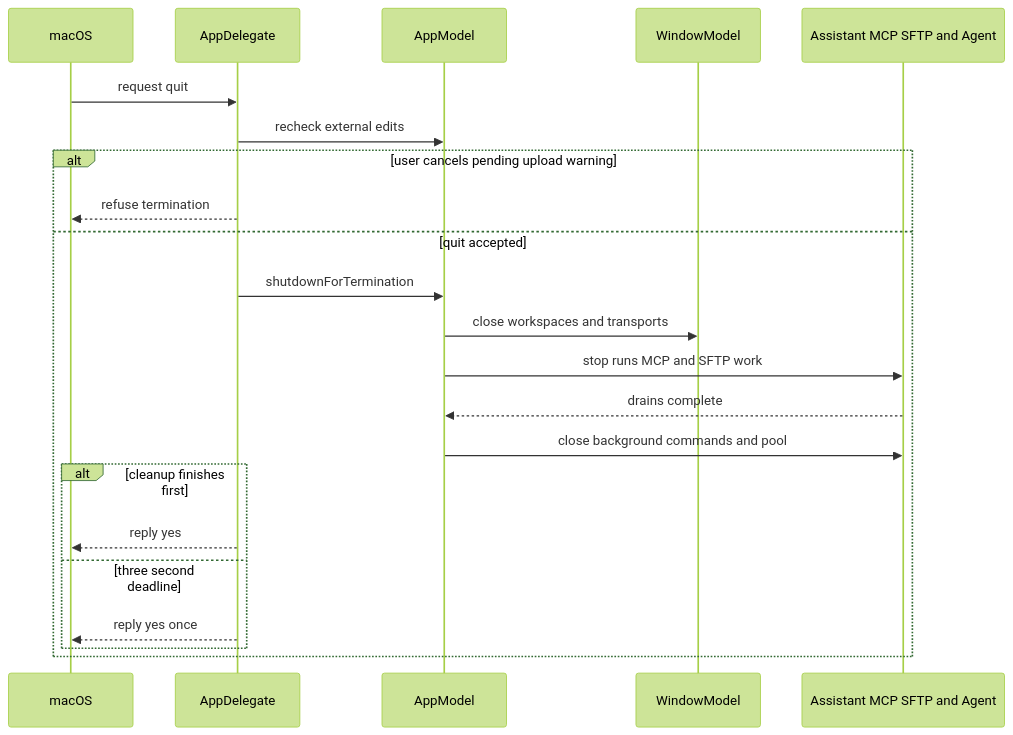
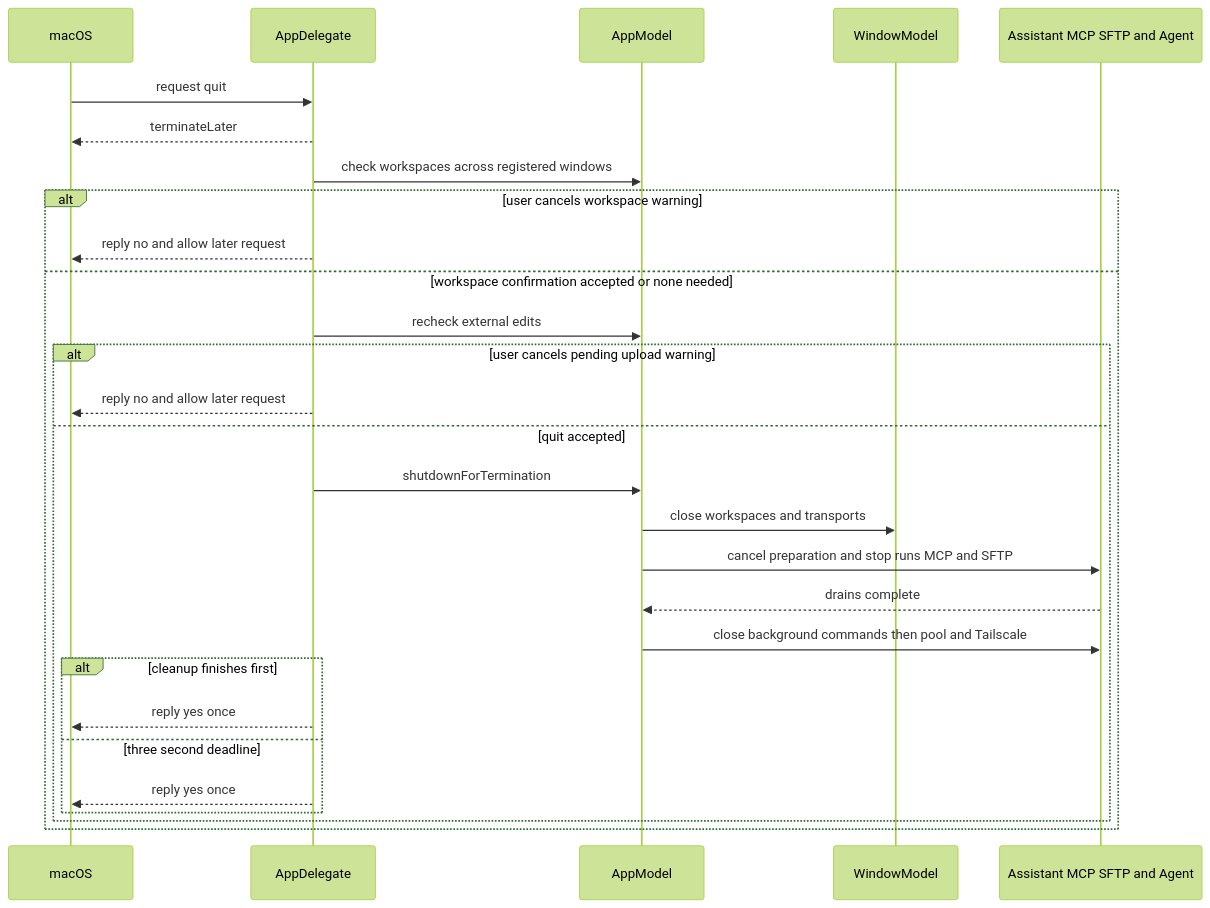
Before and after one commit to AkinoKaede/Termind: the fifth of 6 diagrams in openwiki/workflows/ssh-session-lifecycle.md, drawn with Mermaid (forest theme). The commit also changed other lines of this file and 47 other files, not shown here.

````diff
--- a/openwiki/workflows/ssh-session-lifecycle.md
+++ b/openwiki/workflows/ssh-session-lifecycle.md
@@ -307,24 +329,30 @@
 ```mermaid
 sequenceDiagram
     participant OS as macOS
     participant Delegate as AppDelegate
     participant App as AppModel
     participant Windows as WindowModel
     participant Services as Assistant MCP SFTP and Agent
     OS->>Delegate: request quit
-    Delegate->>App: recheck external edits
-    alt user cancels pending upload warning
-        Delegate-->>OS: refuse termination
-    else quit accepted
-        Delegate->>App: shutdownForTermination
-        App->>Windows: close workspaces and transports
-        App->>Services: stop runs MCP and SFTP work
-        Services-->>App: drains complete
-        App->>Services: close background commands and pool
-        alt cleanup finishes first
-            Delegate-->>OS: reply yes
-        else three second deadline
-            Delegate-->>OS: reply yes once
+    Delegate-->>OS: terminateLater
+    Delegate->>App: check workspaces across registered windows
+    alt user cancels workspace warning
+        Delegate-->>OS: reply no and allow later request
+    else workspace confirmation accepted or none needed
+        Delegate->>App: recheck external edits
+        alt user cancels pending upload warning
+            Delegate-->>OS: reply no and allow later request
+        else quit accepted
+            Delegate->>App: shutdownForTermination
+            App->>Windows: close workspaces and transports
+            App->>Services: cancel preparation and stop runs MCP and SFTP
+            Services-->>App: drains complete
+            App->>Services: close background commands then pool and Tailscale
+            alt cleanup finishes first
+                Delegate-->>OS: reply yes once
+            else three second deadline
+                Delegate-->>OS: reply yes once
+            end
         end
     end
 ```
````
